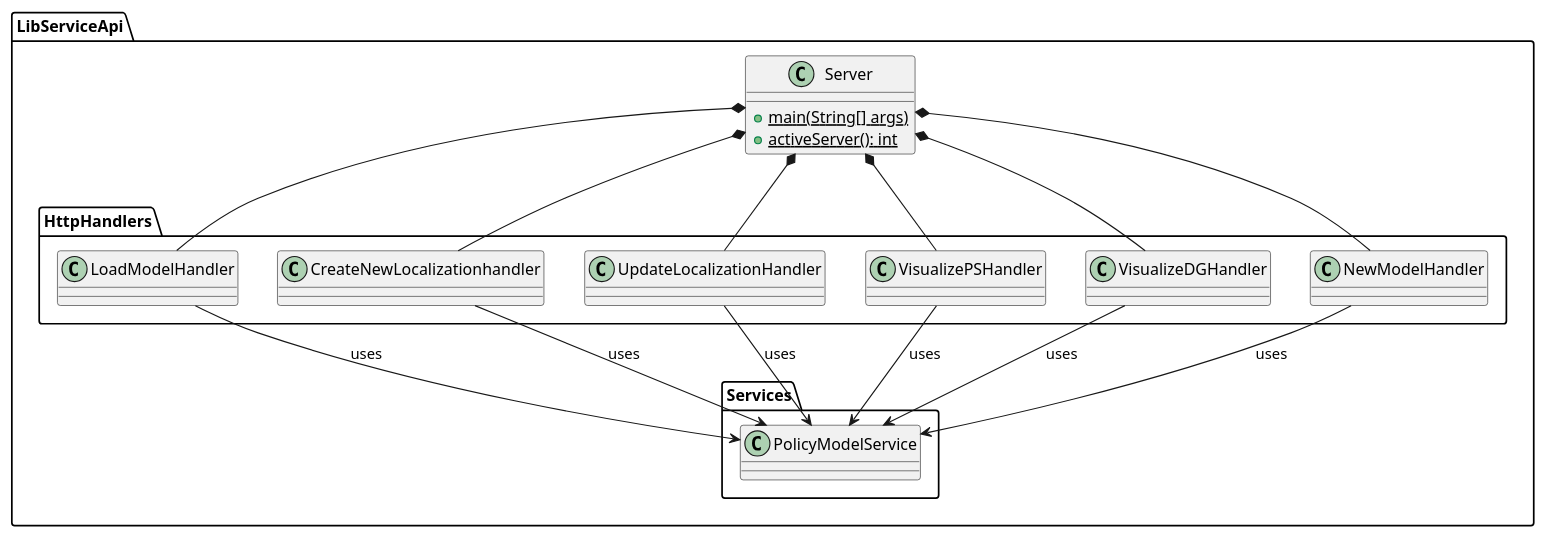
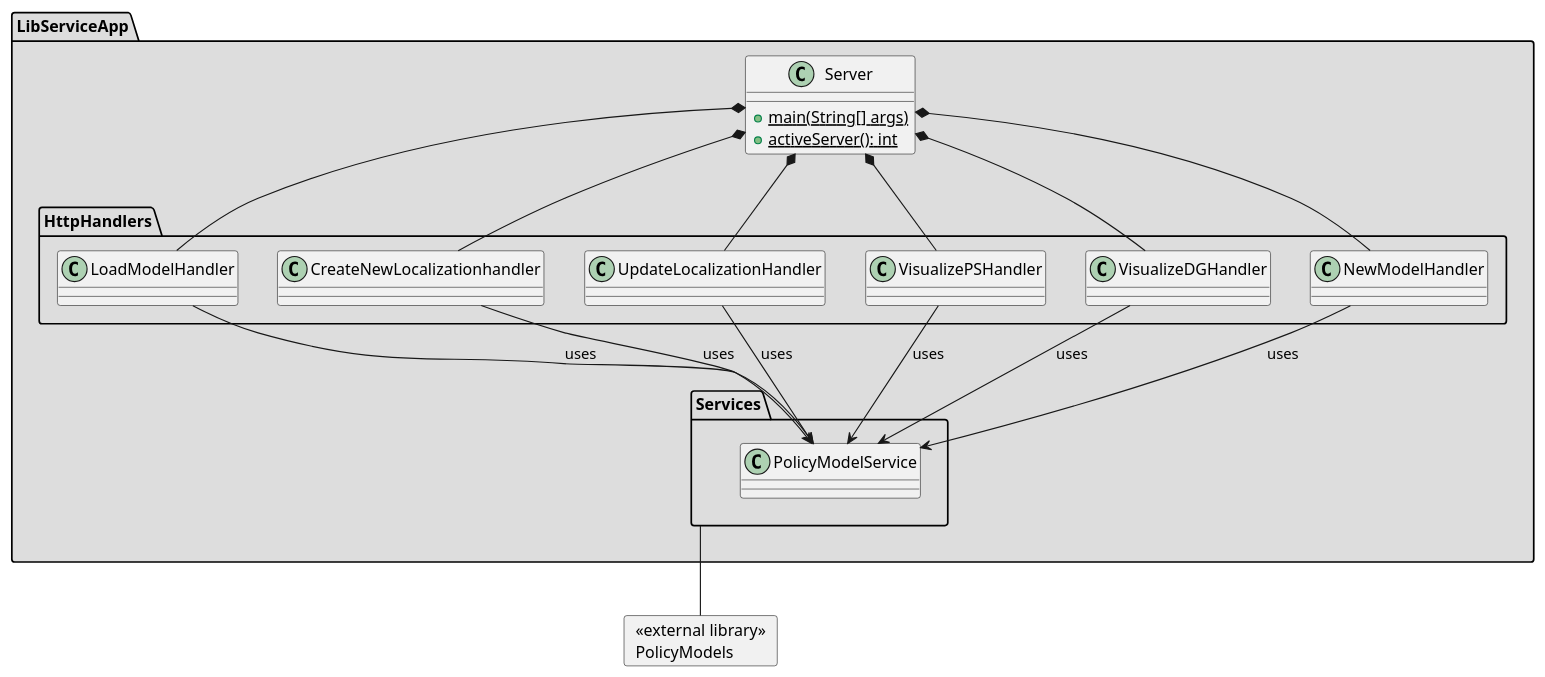
One commit to wolfj123/PolicyModelsPlugin changed the diagram in diagrams/LibServiceApp/LibServiceAppMeta.puml. Above: the diagram before and after it, drawn with PlantUML. The commit also changed 3 other files, not shown here.

Commit message:
update diagrams

```diff
--- a/diagrams/LibServiceApp/LibServiceAppMeta.puml
+++ b/diagrams/LibServiceApp/LibServiceAppMeta.puml
@@ -1,52 +1,62 @@
 @startuml
 
-package LibServiceApi{
+card CLI [
+    <<external library>>
+	 PolicyModels
+]
+
+package LibServiceApp #DDDDDD{
 
 	package HttpHandlers{
 		class LoadModelHandler  {
  		}
 
 		class CreateNewLocalizationhandler   {
 		}
 
 		class UpdateLocalizationHandler  {
 		}
 
 		class VisualizePSHandler  {
 		}
 
 		class VisualizeDGHandler  {
 		}
 
 		class NewModelHandler  {
 		}
 	}
 
 	class Server {
 		+{static} main(String[] args)
 		+{static} activeServer(): int
 	}
 
 	package Services {
 		class PolicyModelService {}
+
 	}
 
 }
+
+
+ Services -- CLI
+
 
 Server *-- LoadModelHandler
 Server *-- UpdateLocalizationHandler
 Server *-- CreateNewLocalizationhandler
 Server *-- VisualizePSHandler
 Server *-- NewModelHandler
 Server *-- VisualizeDGHandler
 
 CreateNewLocalizationhandler --> PolicyModelService: uses
 UpdateLocalizationHandler --> PolicyModelService: uses
 VisualizePSHandler --> PolicyModelService: uses
 LoadModelHandler --> PolicyModelService: uses
 NewModelHandler --> PolicyModelService: uses
 VisualizeDGHandler --> PolicyModelService: uses
 
 
 
 @enduml
```
